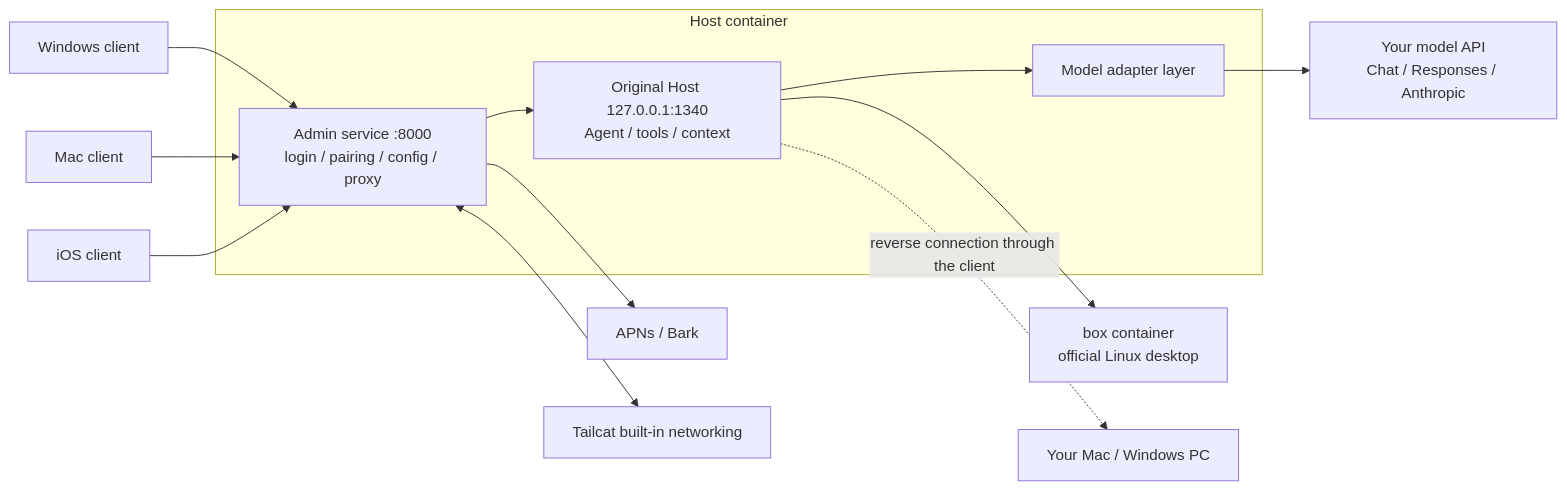
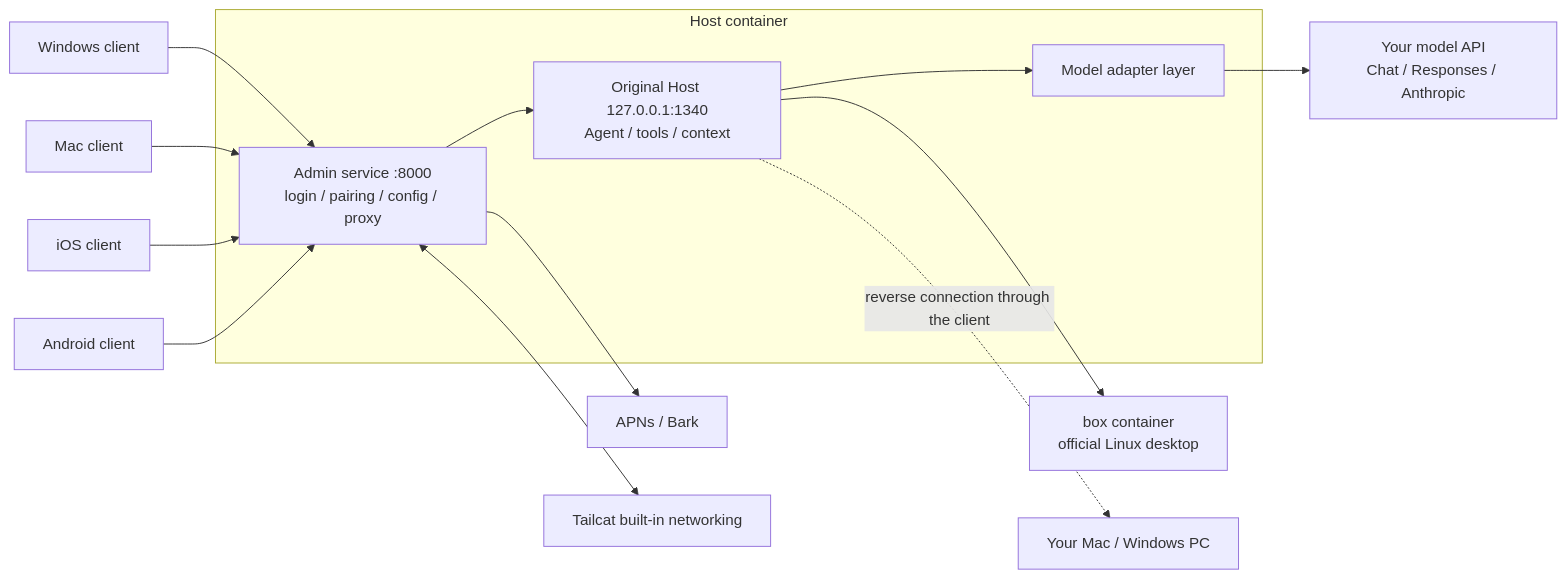
One commit to ferretgeek/prokbot-plus changed the diagram in docs/ARCHITECTURE.en.md. Above: the diagram before and after it, drawn with Mermaid. The commit also changed other lines of this file and 88 other files, not shown here.

Commit message:
Add the unofficial Android client and harden client builds and connections

````diff
--- a/docs/ARCHITECTURE.en.md
+++ b/docs/ARCHITECTURE.en.md
@@ -17,15 +17,16 @@
 ```mermaid
 flowchart LR
   Win[Windows client] --> Admin
   Mac[Mac client] --> Admin
   iOS[iOS client] --> Admin
+  And[Android client] --> Admin
   subgraph Host container
     Admin[Admin service :8000<br/>login / pairing / config / proxy] --> Core[Original Host 127.0.0.1:1340<br/>Agent / tools / context]
     Core --> Adapter[Model adapter layer]
   end
   Adapter --> Model[Your model API<br/>Chat / Responses / Anthropic]
   Core --> Box[box container<br/>official Linux desktop]
   Core -.reverse connection through the client.-> PC[Your Mac / Windows PC]
   Admin --> Push[APNs / Bark]
   Admin <--> Tailcat[Tailcat built-in networking]
 ```
````
